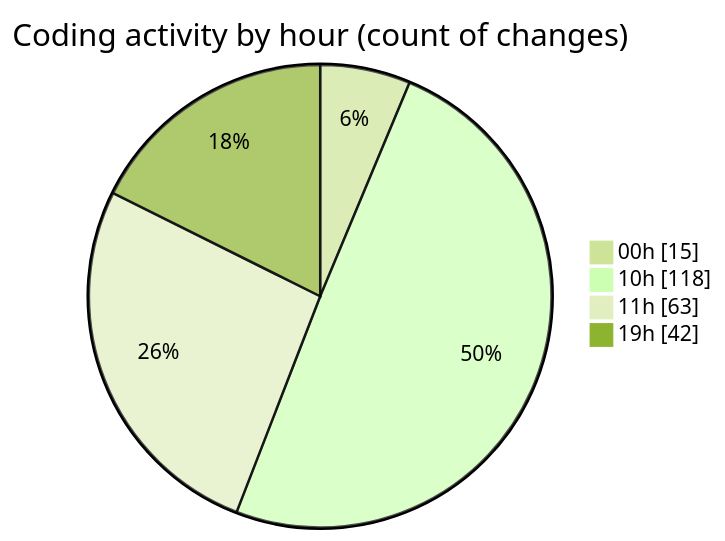
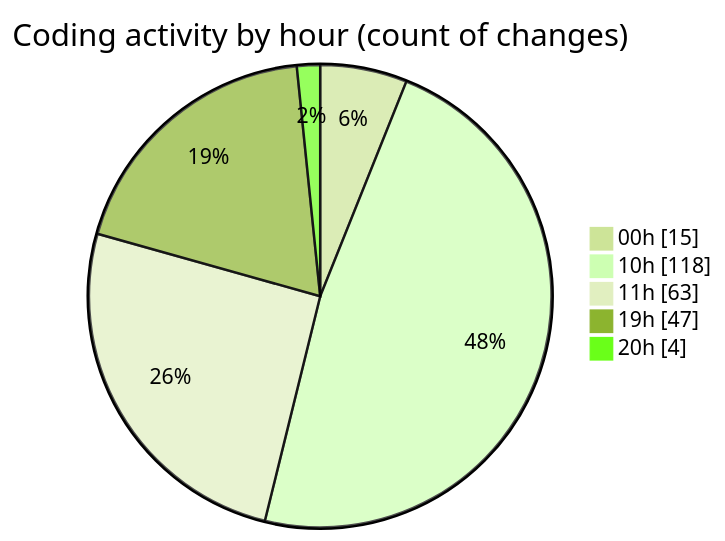
One commit to Ritupan-Deka/code-tracking changed the second of 2 diagrams in 2026-01-11/dsa/README.md. Above: the diagram before and after it, drawn with Mermaid (forest theme). The commit also changed other lines of this file and 1 other file, not shown here.

````diff
--- a/2026-01-11/dsa/README.md
+++ b/2026-01-11/dsa/README.md
@@ -29,8 +29,9 @@
 ```mermaid
 pie showData
 title Coding activity by hour (count of changes)
 "00h" : 15
 "10h" : 118
 "11h" : 63
-"19h" : 42
+"19h" : 47
+"20h" : 4
 ```
````
